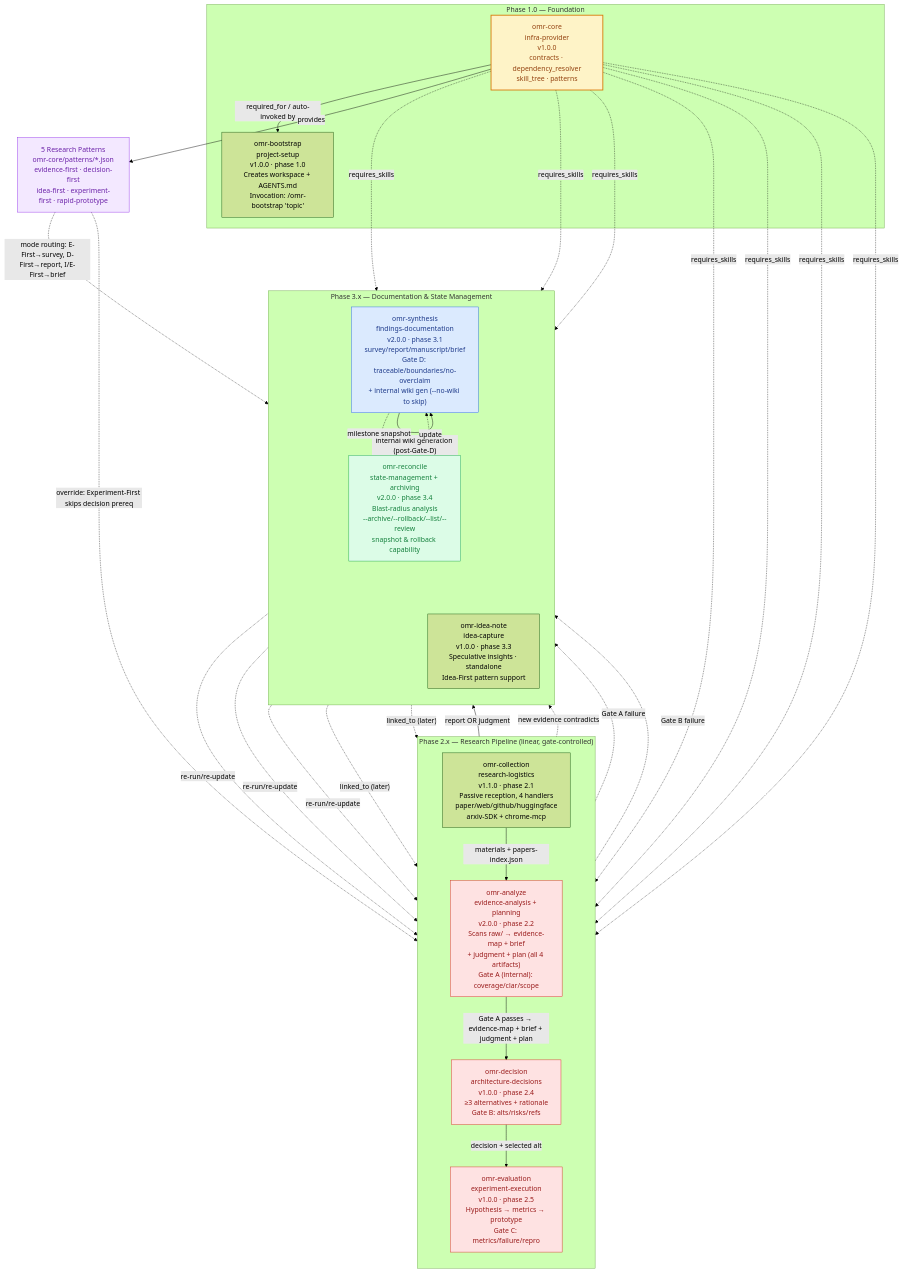
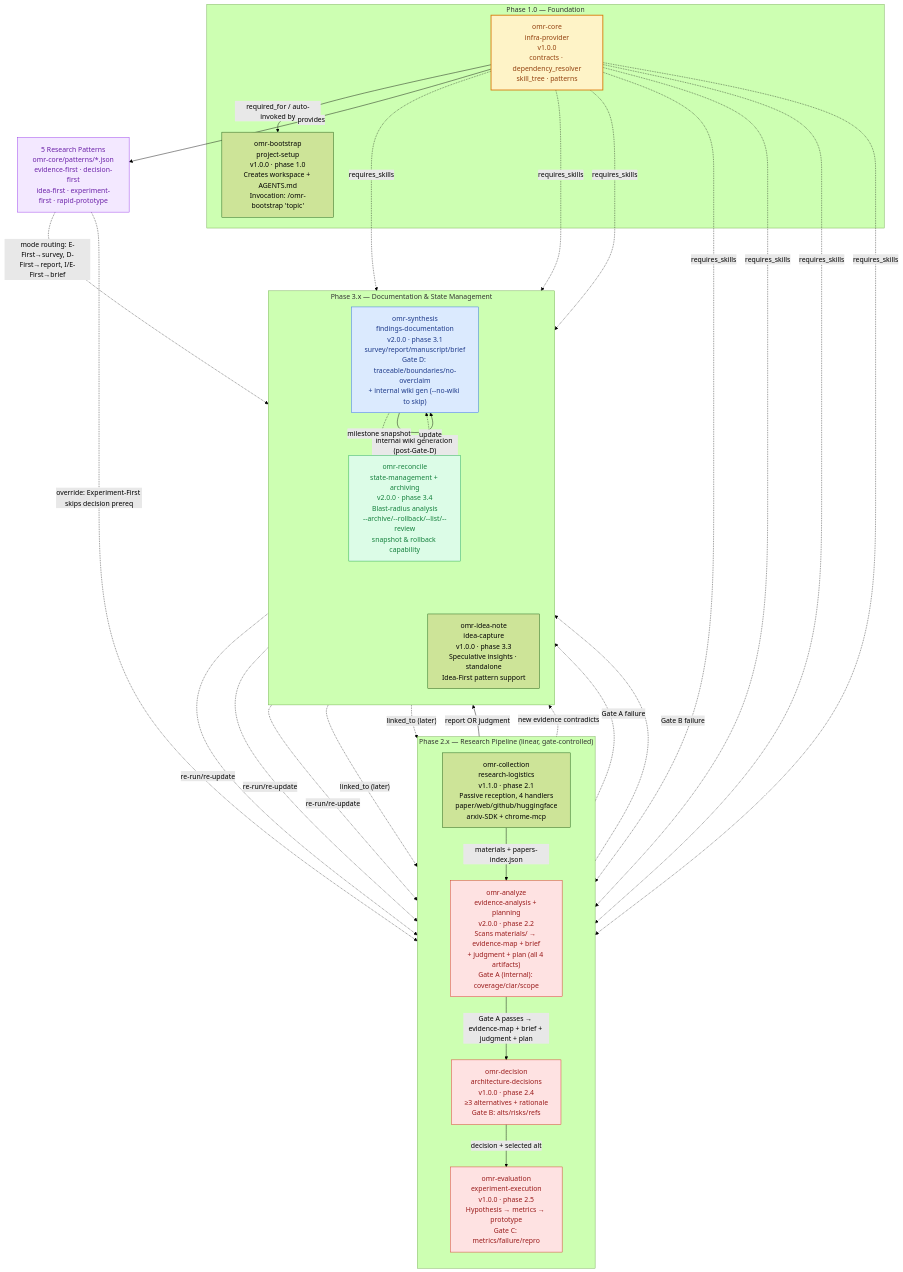
One commit to OMNILab/omni-research changed the diagram in docs/omr-skills-flowchart.md. Above: the diagram before and after it, drawn with Mermaid (forest theme). The commit also changed other lines of this file and 28 other files, not shown here.

First line of the commit message:
Rename raw/ → materials/ across skills, contracts, docs, and scripts

````diff
--- a/docs/omr-skills-flowchart.md
+++ b/docs/omr-skills-flowchart.md
@@ -11,81 +11,81 @@
 ```mermaid
 flowchart TD
     %% ===== Phase 1.0: Foundation =====
     subgraph P1["Phase 1.0 — Foundation"]
         CORE["omr-core<br/>infra-provider<br/>v1.0.0<br/>contracts · dependency_resolver<br/>skill_tree · patterns"]
         BOOT["omr-bootstrap<br/>project-setup<br/>v1.0.0 · phase 1.0<br/>Creates workspace + AGENTS.md<br/>Invocation: /omr-bootstrap 'topic'"]
         CORE -- "required_for / auto-invoked by" --> BOOT
     end
 
     %% ===== Phase 2.x: Research Pipeline =====
     subgraph P2["Phase 2.x — Research Pipeline (linear, gate-controlled)"]
         direction TB
         COL["omr-collection<br/>research-logistics<br/>v1.1.0 · phase 2.1<br/>Passive reception, 4 handlers<br/>paper/web/github/huggingface<br/>arxiv-SDK + chrome-mcp"]
-        ANA["omr-analyze<br/>evidence-analysis + planning<br/>v2.0.0 · phase 2.2<br/>Scans raw/ → evidence-map + brief<br/>+ judgment + plan (all 4 artifacts)<br/>Gate A (internal): coverage/clar/scope"]
+        ANA["omr-analyze<br/>evidence-analysis + planning<br/>v2.0.0 · phase 2.2<br/>Scans materials/ → evidence-map + brief<br/>+ judgment + plan (all 4 artifacts)<br/>Gate A (internal): coverage/clar/scope"]
         DEC["omr-decision<br/>architecture-decisions<br/>v1.0.0 · phase 2.4<br/>≥3 alternatives + rationale<br/>Gate B: alts/risks/refs"]
         EVAL["omr-evaluation<br/>experiment-execution<br/>v1.0.0 · phase 2.5<br/>Hypothesis → metrics → prototype<br/>Gate C: metrics/failure/repro"]
 
         COL -->|"materials + papers-index.json"| ANA
         ANA -->|"Gate A passes → evidence-map + brief + judgment + plan"| DEC
         DEC -->|"decision + selected alt"| EVAL
     end
 
     %% Core infrastructure required by all Phase 2 skills
     CORE -.->|requires_skills| COL
     CORE -.->|requires_skills| ANA
     CORE -.->|requires_skills| DEC
     CORE -.->|requires_skills| EVAL
 
     %% ===== Phase 3.x: Documentation & State Management =====
     subgraph P3["Phase 3.x — Documentation & State Management"]
         direction TB
         SYN["omr-synthesis<br/>findings-documentation<br/>v2.0.0 · phase 3.1<br/>survey/report/manuscript/brief<br/>Gate D: traceable/boundaries/no-overclaim<br/>+ internal wiki gen (--no-wiki to skip)"]
         IDEA["omr-idea-note<br/>idea-capture<br/>v1.0.0 · phase 3.3<br/>Speculative insights · standalone<br/>Idea-First pattern support"]
         REC["omr-reconcile<br/>state-management + archiving<br/>v2.0.0 · phase 3.4<br/>Blast-radius analysis<br/>--archive/--rollback/--list/--review<br/>snapshot & rollback capability"]
     end
 
     %% Core infra required by Phase 3 skills
     CORE -.->|requires_skills| SYN
     CORE -.->|requires_skills| IDEA
     CORE -.->|requires_skills| REC
 
     %% Phase 2 → Phase 3 forward edges
     EVAL -->|"report OR judgment"| SYN
     SYN -->|"internal wiki generation (post-Gate-D)"| SYN
 
     %% ===== Cross-cutting triggers / loops =====
     %% Reconcile is triggered by new evidence or gate failures
     COL -.->|"new evidence contradicts"| REC
     ANA -.->|"Gate A failure"| REC
     DEC -.->|"Gate B failure"| REC
     REC -.->|"re-run/re-update"| ANA
     REC -.->|"re-run/re-update"| DEC
     REC -.->|"re-run/re-update"| EVAL
     REC -.->|"update"| SYN
 
     %% Archive triggers (internal to reconcile): during reconcile / pre-Gate D / post-publish
     SYN -.->|"milestone snapshot"| REC
 
     %% Idea-note is available anytime; can feed back into decisions/experiments
     IDEA -.->|"linked_to (later)"| DEC
     IDEA -.->|"linked_to (later)"| EVAL
 
     %% ===== Pattern system (shared, optional flow control) =====
     PAT["5 Research Patterns<br/>omr-core/patterns/*.json<br/>evidence-first · decision-first<br/>idea-first · experiment-first · rapid-prototype"]
     CORE -- "provides" --> PAT
     PAT -.->|"override: Experiment-First skips decision prereq"| EVAL
     PAT -.->|"mode routing: E-First→survey, D-First→report, I/E-First→brief"| SYN
 
     %% Styling
     classDef core fill:#fef3c7,stroke:#d97706,stroke-width:2px,color:#92400e;
     classDef gate fill:#fee2e2,stroke:#dc2626,stroke-width:1px,color:#991b1b;
     classDef doc fill:#dbeafe,stroke:#2563eb,stroke-width:1px,color:#1e3a8a;
     classDef state fill:#dcfce7,stroke:#16a34a,stroke-width:1px,color:#15803d;
     classDef pattern fill:#f3e8ff,stroke:#9333ea,stroke-width:1px,color:#6b21a8;
 
     class CORE core;
     class ANA,DEC,EVAL,SYN gate;
     class SYN doc;
     class REC state;
     class PAT pattern;
 ```
````
